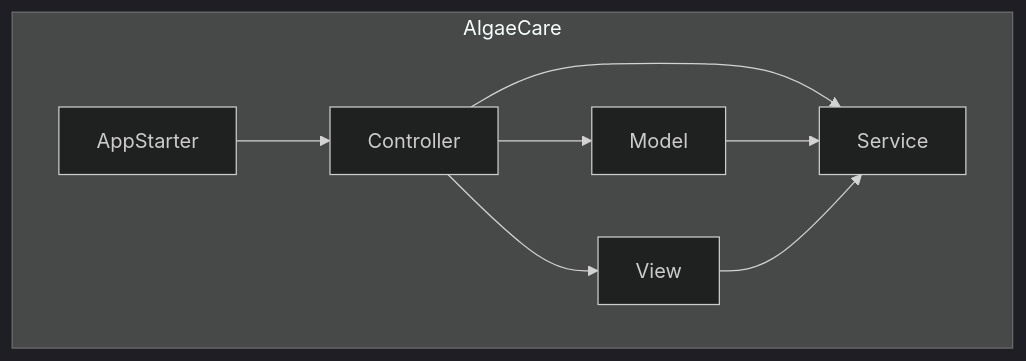
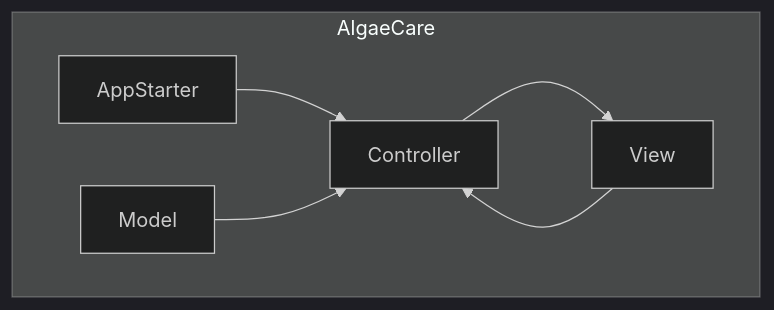
Before and after one commit to algaecare/documentation: the first of 4 diagrams in content/sad/bausteinsicht.mdx, drawn with Mermaid (dark theme). The commit also changed other lines of this file, not shown here.

Commit message:
update Bausteinsicht. einfügung von plant uml klassendiagram

````diff
--- a/content/sad/bausteinsicht.mdx
+++ b/content/sad/bausteinsicht.mdx
@@ -13,17 +13,14 @@
 ```mermaid
 graph TD
     subgraph AlgaeCare
         AppStarter
         Controller
         Model
         View
-        Service
     end
 
     AppStarter --> Controller
-    Controller --> Model
+    Model --> Controller
     Controller --> View
-    Controller --> Service
-    Model --> Service
-    View --> Service
+    View --> Controller
 ```
````
